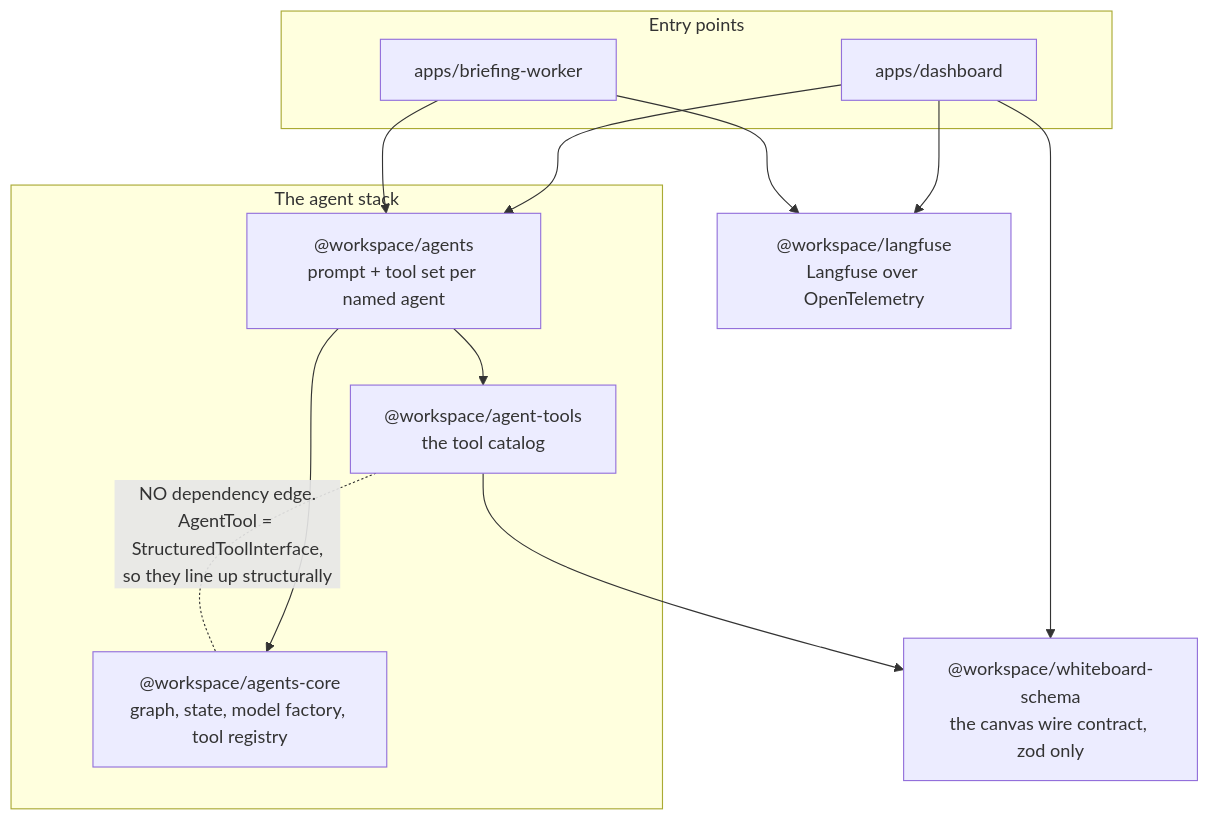
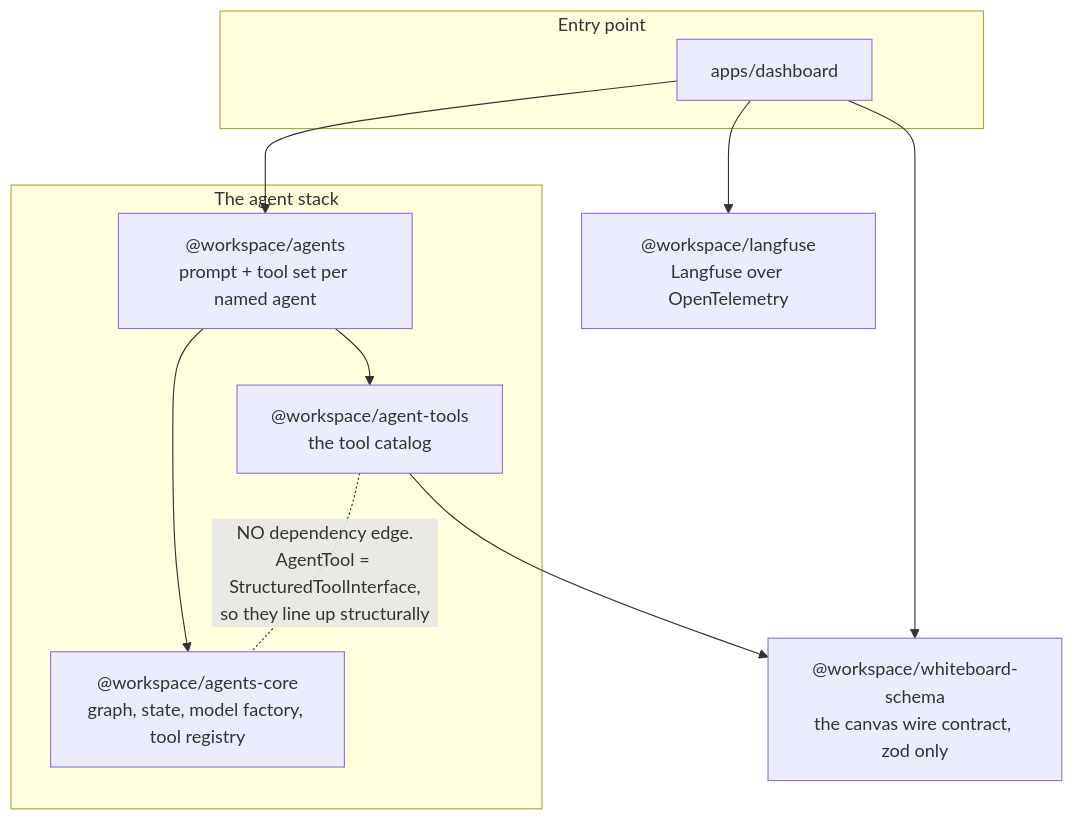
Before and after one commit to sunnyeyles/control-panel: the first of 5 diagrams in docs/agent-architecture.md, drawn with Mermaid. The commit also changed other lines of this file and 6 other files, not shown here.

````diff
--- a/docs/agent-architecture.md
+++ b/docs/agent-architecture.md
@@ -21,29 +20,26 @@
 ```mermaid
 flowchart TD
-    subgraph entry ["Entry points"]
+    subgraph entry ["Entry point"]
         DASH["apps/dashboard"]
-        WORK["apps/briefing-worker"]
     end
 
     subgraph stack ["The agent stack"]
         AGENTS["@workspace/agents<br/>prompt + tool set per named agent"]
         CORE["@workspace/agents-core<br/>graph, state, model factory, tool registry"]
         TOOLS["@workspace/agent-tools<br/>the tool catalog"]
     end
 
     LF["@workspace/langfuse<br/>Langfuse over OpenTelemetry"]
     WB["@workspace/whiteboard-schema<br/>the canvas wire contract, zod only"]
 
     DASH --> AGENTS
-    WORK --> AGENTS
     DASH --> LF
-    WORK --> LF
 
     AGENTS --> CORE
     AGENTS --> TOOLS
 
     DASH --> WB
     TOOLS --> WB
 
     TOOLS -. "NO dependency edge.<br/>AgentTool = StructuredToolInterface,<br/>so they line up structurally" .- CORE
 ```
````
